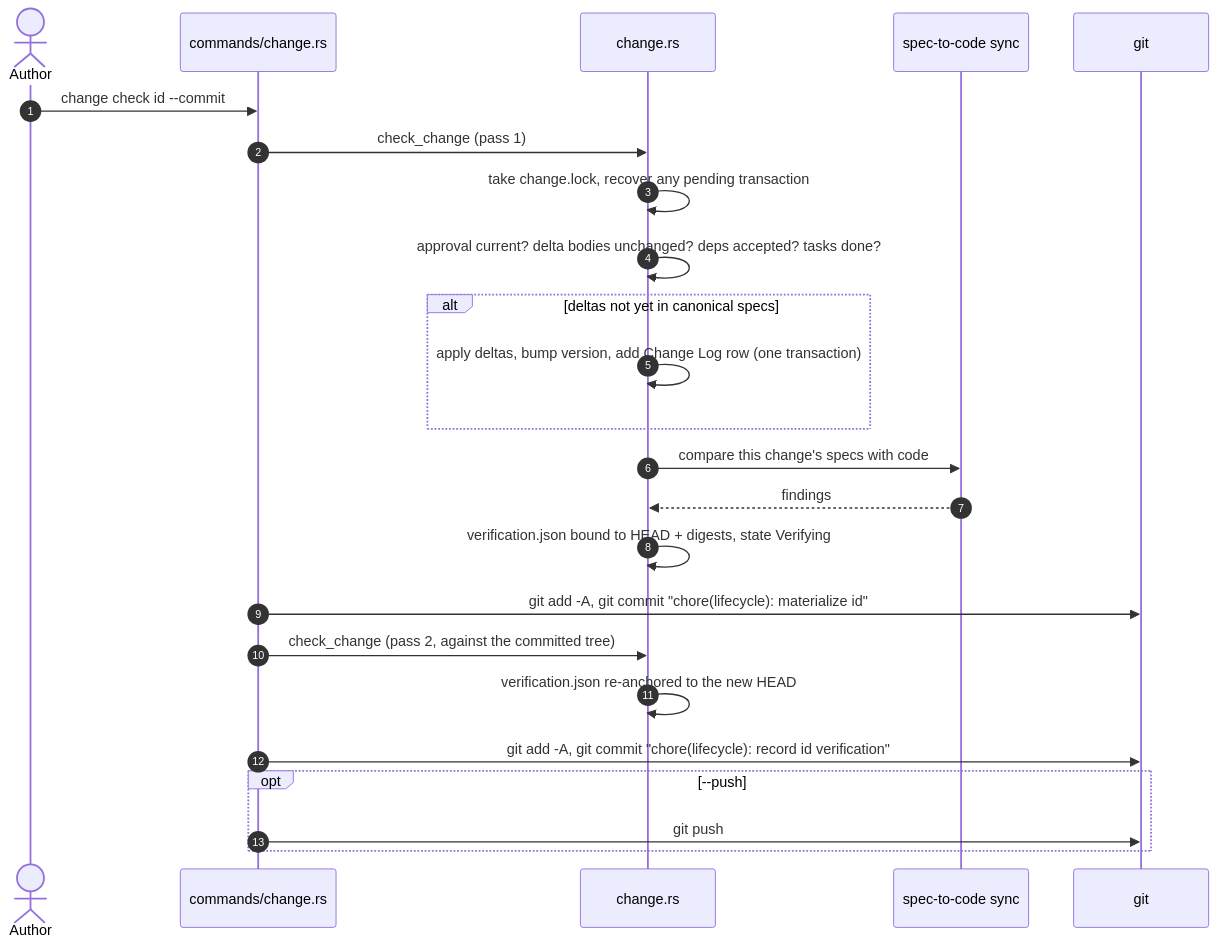
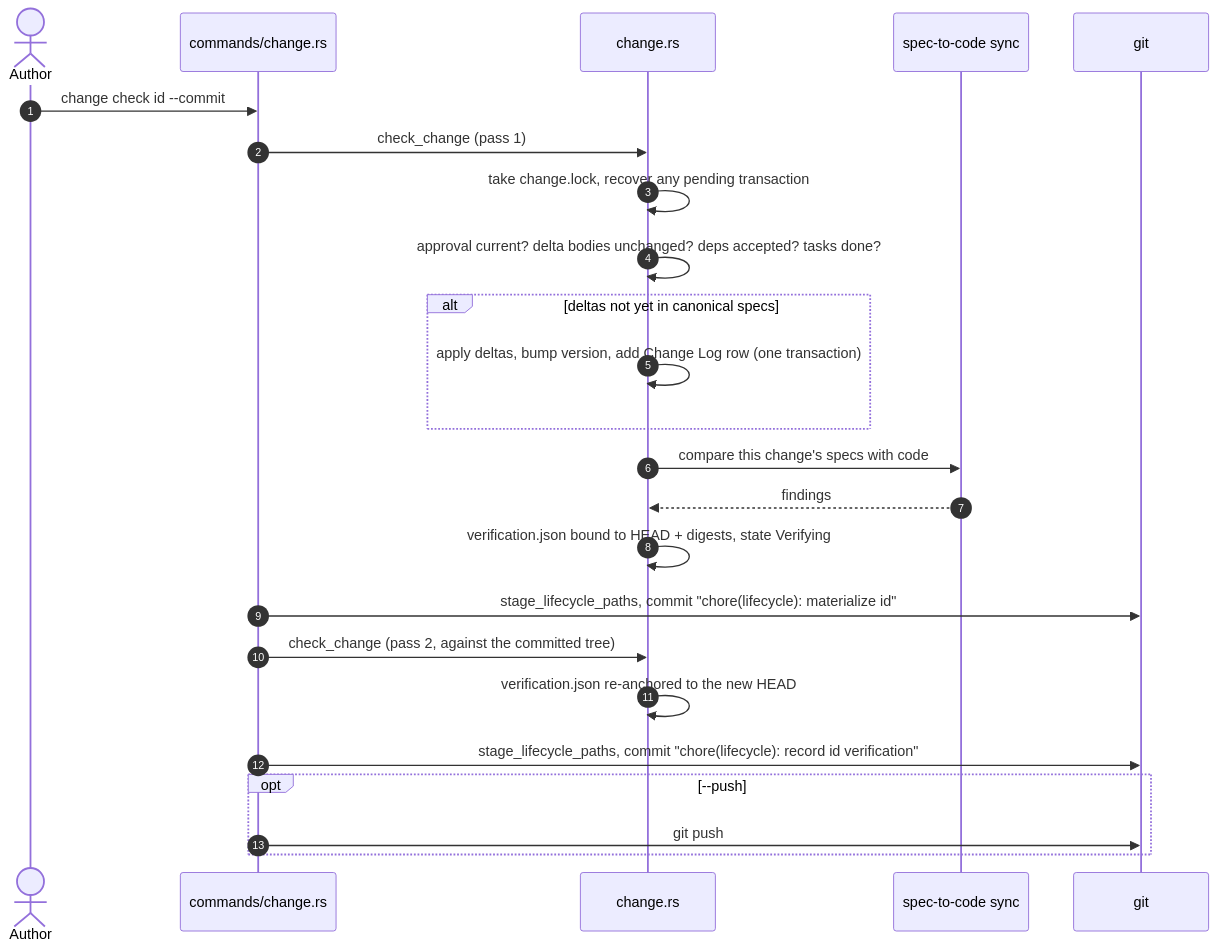
The sixth of 10 diagrams in docs/HLD.md (CorvidLabs/spec-sync), drawn with Mermaid before and after one commit. The commit also changed other lines of this file and 45 other files, not shown here.

Commit message:
docs: correct reference docs and archive-first lifecycle diagrams

````diff
--- a/docs/HLD.md
+++ b/docs/HLD.md
@@ -411,27 +418,27 @@
 ```mermaid
 sequenceDiagram
     autonumber
     actor A as Author
     participant CMD as commands/change.rs
     participant D as change.rs
     participant V as spec-to-code sync
     participant G as git
 
     A->>CMD: change check id --commit
     CMD->>D: check_change (pass 1)
     D->>D: take change.lock, recover any pending transaction
     D->>D: approval current? delta bodies unchanged? deps accepted? tasks done?
     alt deltas not yet in canonical specs
         D->>D: apply deltas, bump version, add Change Log row (one transaction)
     end
     D->>V: compare this change's specs with code
     V-->>D: findings
     D->>D: verification.json bound to HEAD + digests, state Verifying
-    CMD->>G: git add -A, git commit "chore(lifecycle): materialize id"
+    CMD->>G: stage_lifecycle_paths, commit "chore(lifecycle): materialize id"
     CMD->>D: check_change (pass 2, against the committed tree)
     D->>D: verification.json re-anchored to the new HEAD
-    CMD->>G: git add -A, git commit "chore(lifecycle): record id verification"
+    CMD->>G: stage_lifecycle_paths, commit "chore(lifecycle): record id verification"
     opt --push
         CMD->>G: git push
     end
 ```
````
